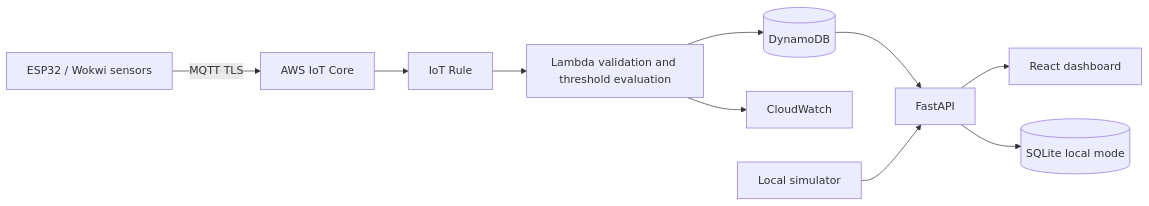
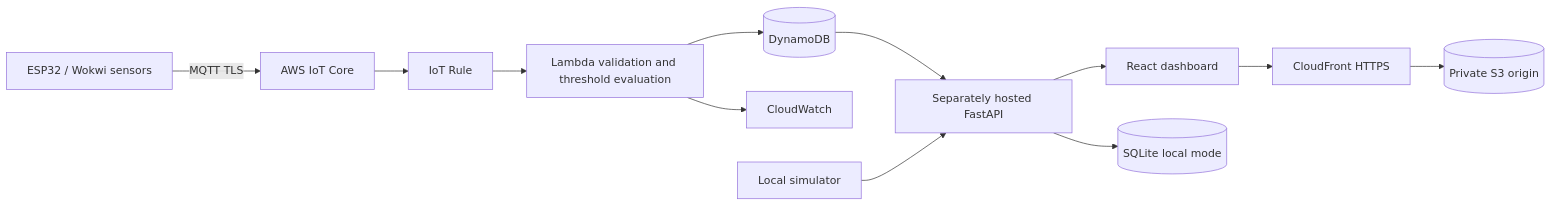
One commit to SLakshmiGanesh/iot-aws changed the diagram in README.md. Above: the diagram before and after it, drawn with Mermaid. The commit also changed other lines of this file, not shown here.

Commit message:
Document CloudFront dashboard deployment path

````diff
--- a/README.md
+++ b/README.md
@@ -26,12 +32,14 @@
 ```mermaid
 flowchart LR
   ESP[ESP32 / Wokwi sensors] -->|MQTT TLS| IoT[AWS IoT Core]
   IoT --> Rule[IoT Rule]
   Rule --> Lambda[Lambda validation and threshold evaluation]
   Lambda --> DB[(DynamoDB)]
   Lambda --> CW[CloudWatch]
-  DB --> API[FastAPI]
+  DB --> API[Separately hosted FastAPI]
   API --> UI[React dashboard]
+  UI --> CF[CloudFront HTTPS]
+  CF --> S3[(Private S3 origin)]
   SIM[Local simulator] --> API
   API --> SQLite[(SQLite local mode)]
 ```
````
